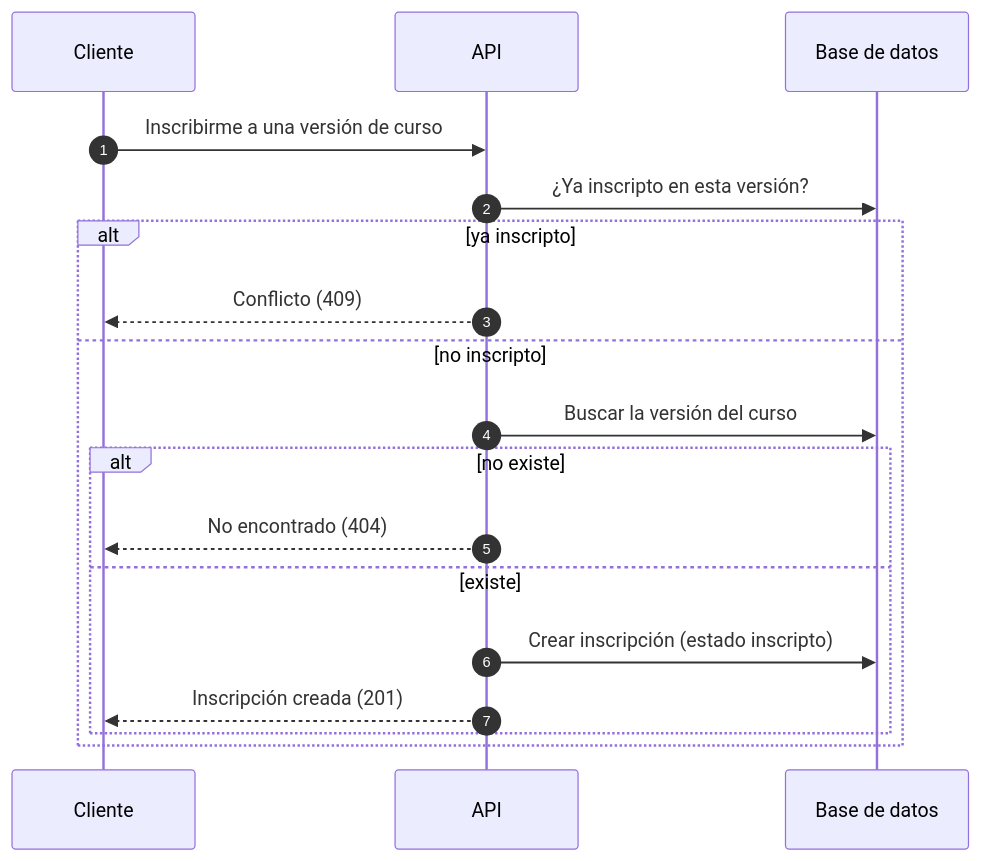
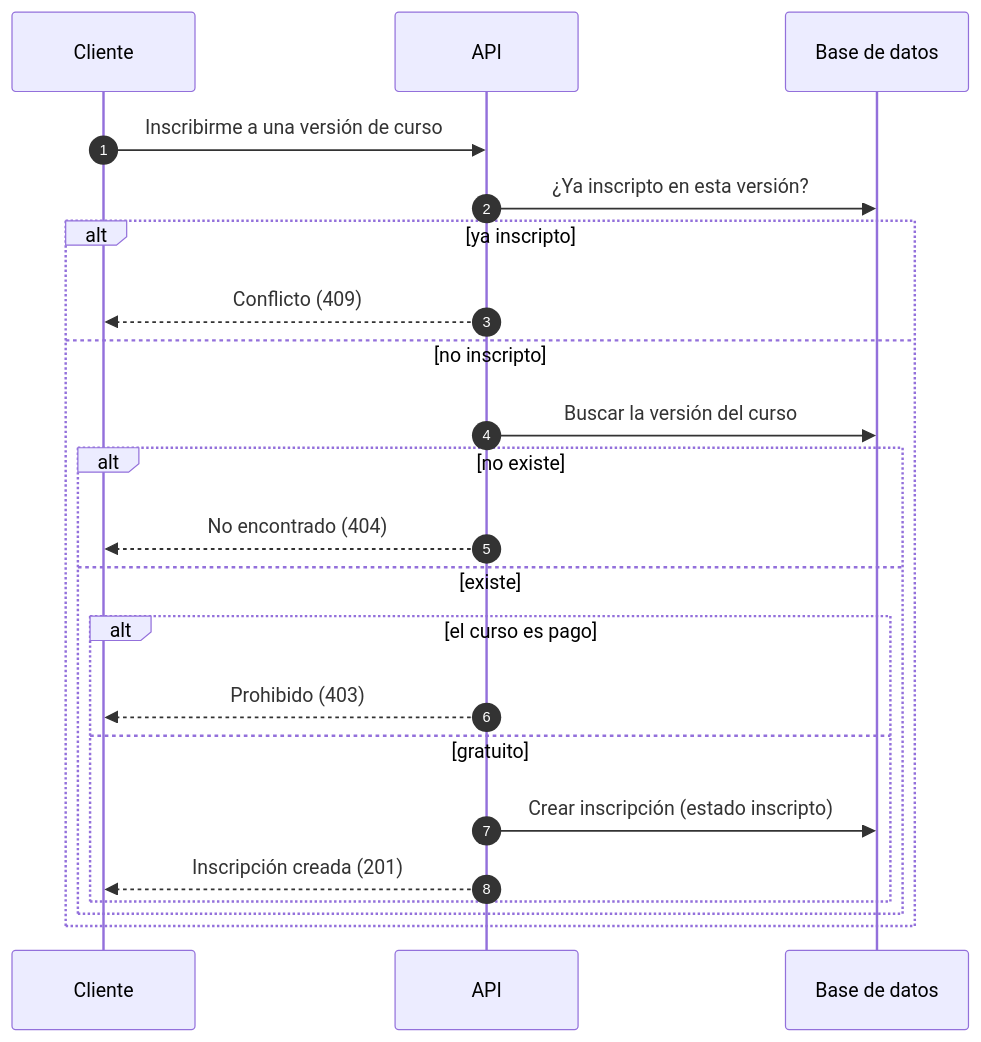
Diagram 14 of 32 in docs/diagrams/sequence.md (signasource/signa-api), drawn with Mermaid before and after one commit. The commit also changed other lines of this file and 4 other files, not shown here.

First line of the commit message:
docs: sync CLAUDE.md, README and diagrams with the current code

````diff
--- a/docs/diagrams/sequence.md
+++ b/docs/diagrams/sequence.md
@@ -346,21 +373,25 @@
 ```mermaid
 sequenceDiagram
     autonumber
     participant C as Cliente
     participant API as API
     participant DB as Base de datos
 
     C->>API: Inscribirme a una versión de curso
     API->>DB: ¿Ya inscripto en esta versión?
     alt ya inscripto
         API-->>C: Conflicto (409)
     else no inscripto
         API->>DB: Buscar la versión del curso
         alt no existe
             API-->>C: No encontrado (404)
         else existe
-            API->>DB: Crear inscripción (estado inscripto)
-            API-->>C: Inscripción creada (201)
+            alt el curso es pago
+                API-->>C: Prohibido (403)
+            else gratuito
+                API->>DB: Crear inscripción (estado inscripto)
+                API-->>C: Inscripción creada (201)
+            end
         end
     end
 ```
````
